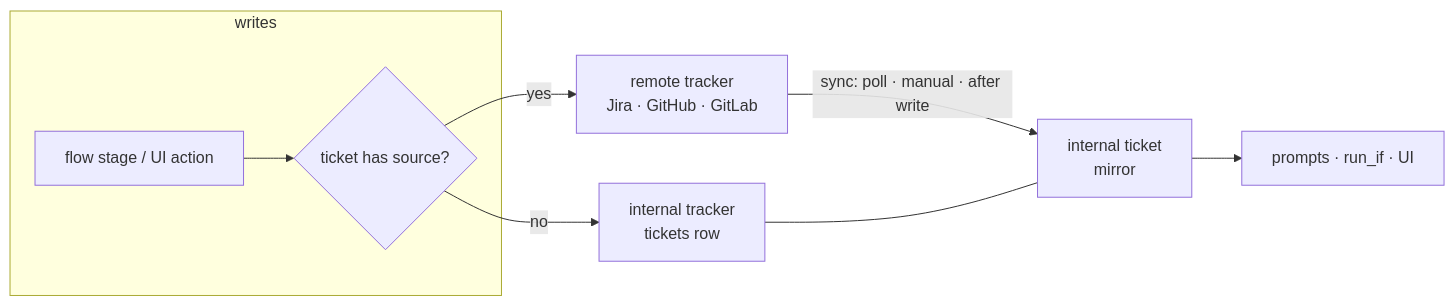
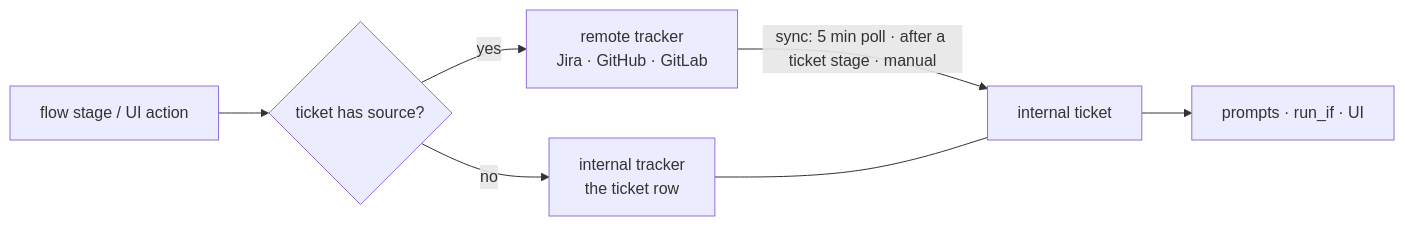
Before and after one commit to intradeus/apothecary: the diagram in docs/ticket-sync-plan.md, drawn with Mermaid. The commit also changed other lines of this file and 159 other files, not shown here.

Commit message:
feat: ticket source syncing, ticket type/status mapping

````diff
--- a/docs/ticket-sync-plan.md
+++ b/docs/ticket-sync-plan.md
@@ -28,11 +32,9 @@
 ```mermaid
 flowchart LR
-  subgraph writes
-    S[flow stage / UI action] --> R{ticket has source?}
-  end
+  S[flow stage / UI action] --> R{ticket has source?}
   R -- yes --> RT[remote tracker<br/>Jira · GitHub · GitLab]
-  R -- no --> IT[internal tracker<br/>tickets row]
-  RT -- sync: poll · manual · after write --> M[internal ticket<br/>mirror]
+  R -- no --> IT[internal tracker<br/>the ticket row]
+  RT -- "sync: 5 min poll · after a ticket stage · manual" --> M[internal ticket]
   IT --- M
   M --> P[prompts · run_if · UI]
 ```
````
